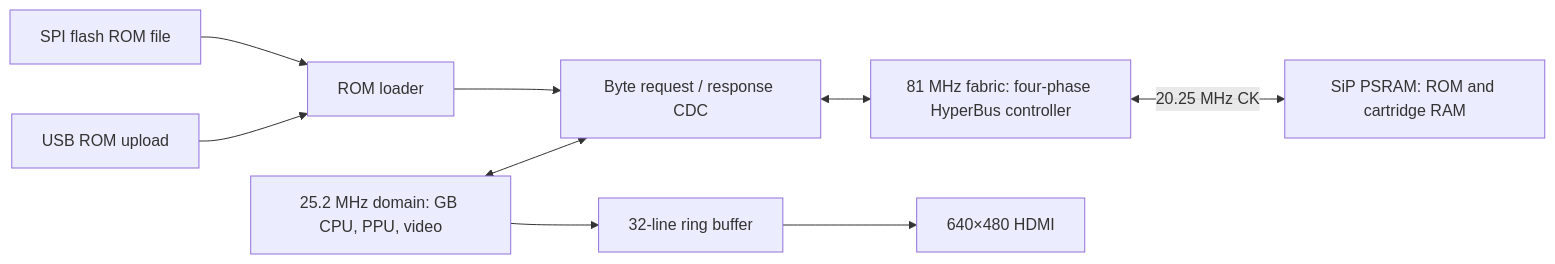
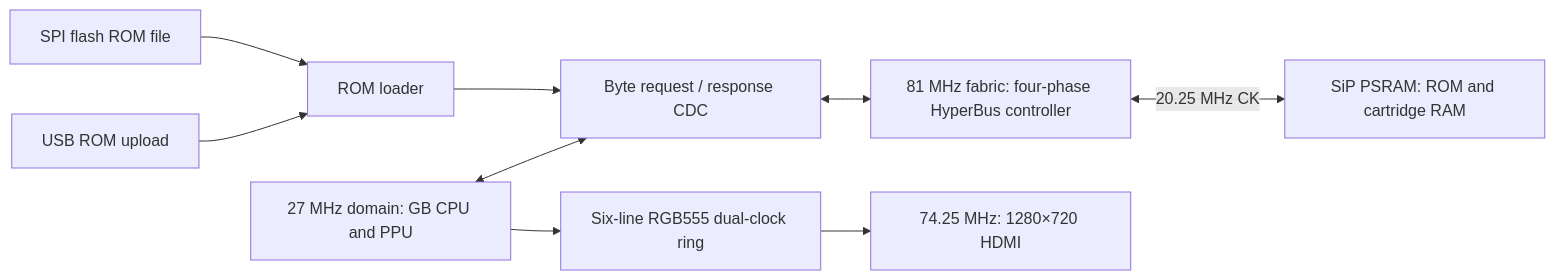
The diagram in docs/design.md (shauray8/tang9k_gbc), drawn with Mermaid before and after one commit. The commit also changed other lines of this file and 27 other files, not shown here.

Commit message:
get color graphics working and trim the logic

````diff
--- a/docs/design.md
+++ b/docs/design.md
@@ -53,11 +55,11 @@
 ```mermaid
 flowchart LR
     Flash["SPI flash ROM file"] --> Loader["ROM loader"]
     USB["USB ROM upload"] --> Loader
     Loader --> Bridge["Byte request / response CDC"]
-    Core["25.2 MHz domain: GB CPU, PPU, video"] <--> Bridge
+    Core["27 MHz domain: GB CPU and PPU"] <--> Bridge
     Bridge <--> Controller["81 MHz fabric: four-phase HyperBus controller"]
     Controller <-->|"20.25 MHz CK"| RAM["SiP PSRAM: ROM and cartridge RAM"]
-    Core --> Ring["32-line ring buffer"]
-    Ring --> HDMI["640×480 HDMI"]
+    Core --> Ring["Six-line RGB555 dual-clock ring"]
+    Ring --> HDMI["74.25 MHz: 1280×720 HDMI"]
 ```
````
